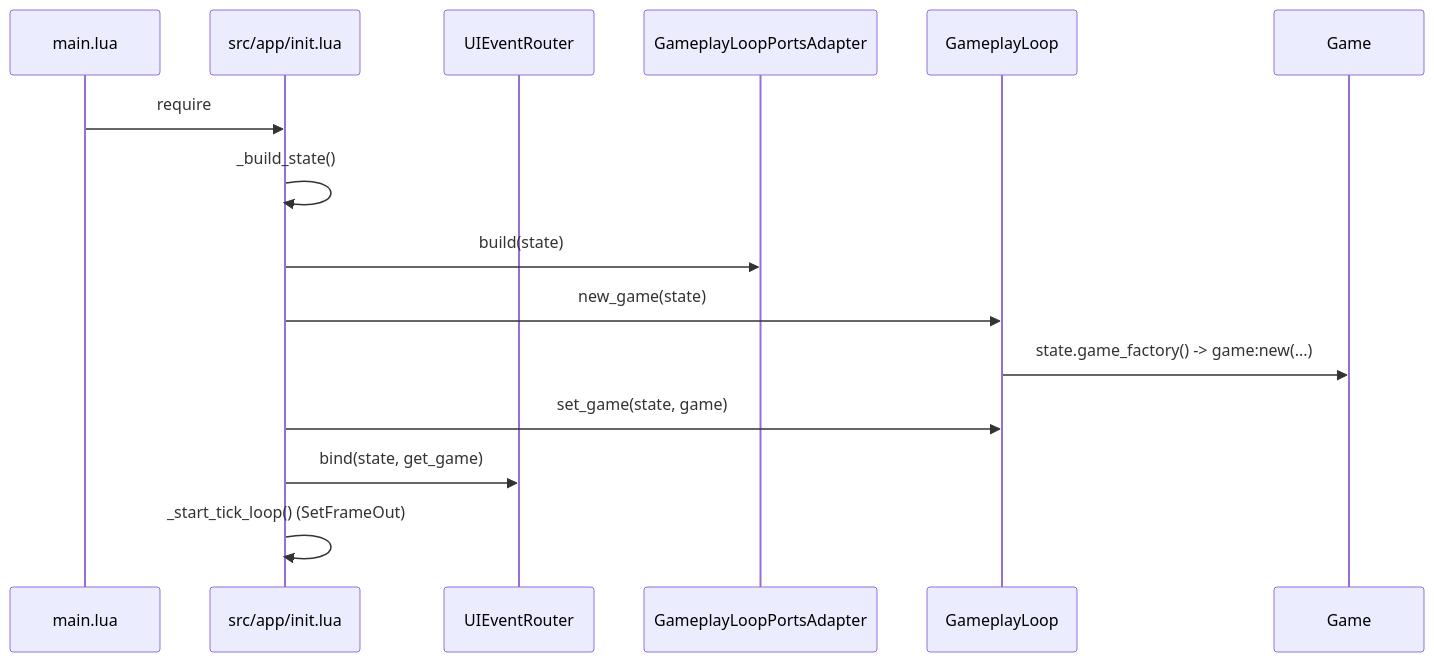
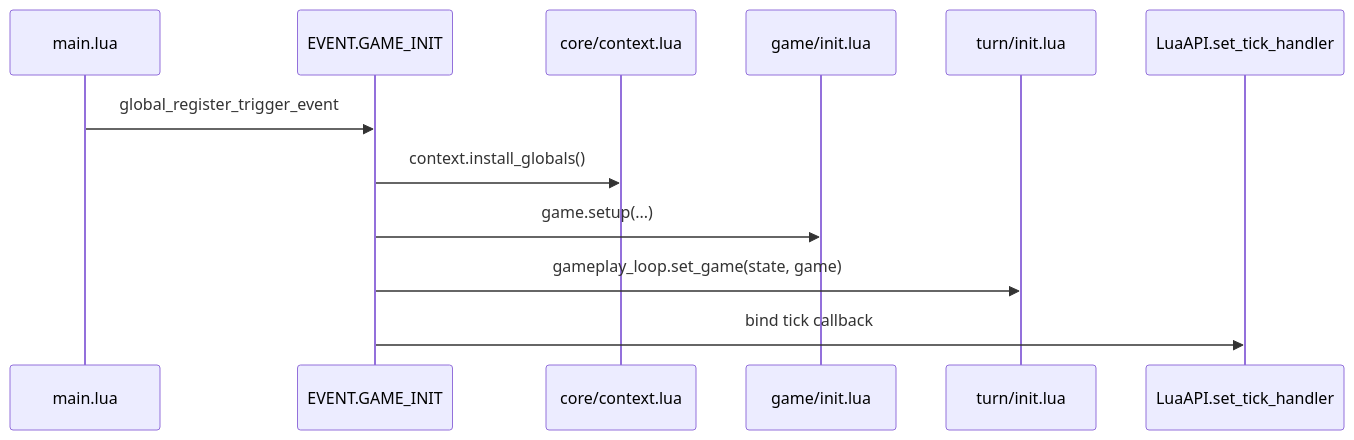
The second of 3 diagrams in README.md (TLOBillyQ/monopoly), drawn with Mermaid before and after one commit. The commit also changed other lines of this file and 1 other file, not shown here.

````diff
--- a/README.md
+++ b/README.md
@@ -70,18 +58,15 @@
 ```mermaid
 sequenceDiagram
   participant M as main.lua
-  participant A as src/app/init.lua
-  participant V as UIEventRouter
-  participant P as GameplayLoopPortsAdapter
-  participant L as GameplayLoop
-  participant G as Game
+  participant E as EVENT.GAME_INIT
+  participant C as core/context.lua
+  participant G as game/init.lua
+  participant L as turn/init.lua
+  participant T as LuaAPI.set_tick_handler
 
-  M->>A: require
-  A->>A: _build_state()
-  A->>P: build(state)
-  A->>L: new_game(state)
-  L->>G: state.game_factory() -> game:new(...)
-  A->>L: set_game(state, game)
-  A->>V: bind(state, get_game)
-  A->>A: _start_tick_loop() (SetFrameOut)
+  M->>E: global_register_trigger_event
+  E->>C: context.install_globals()
+  E->>G: game.setup(...)
+  E->>L: gameplay_loop.set_game(state, game)
+  E->>T: bind tick callback
 ```
````
